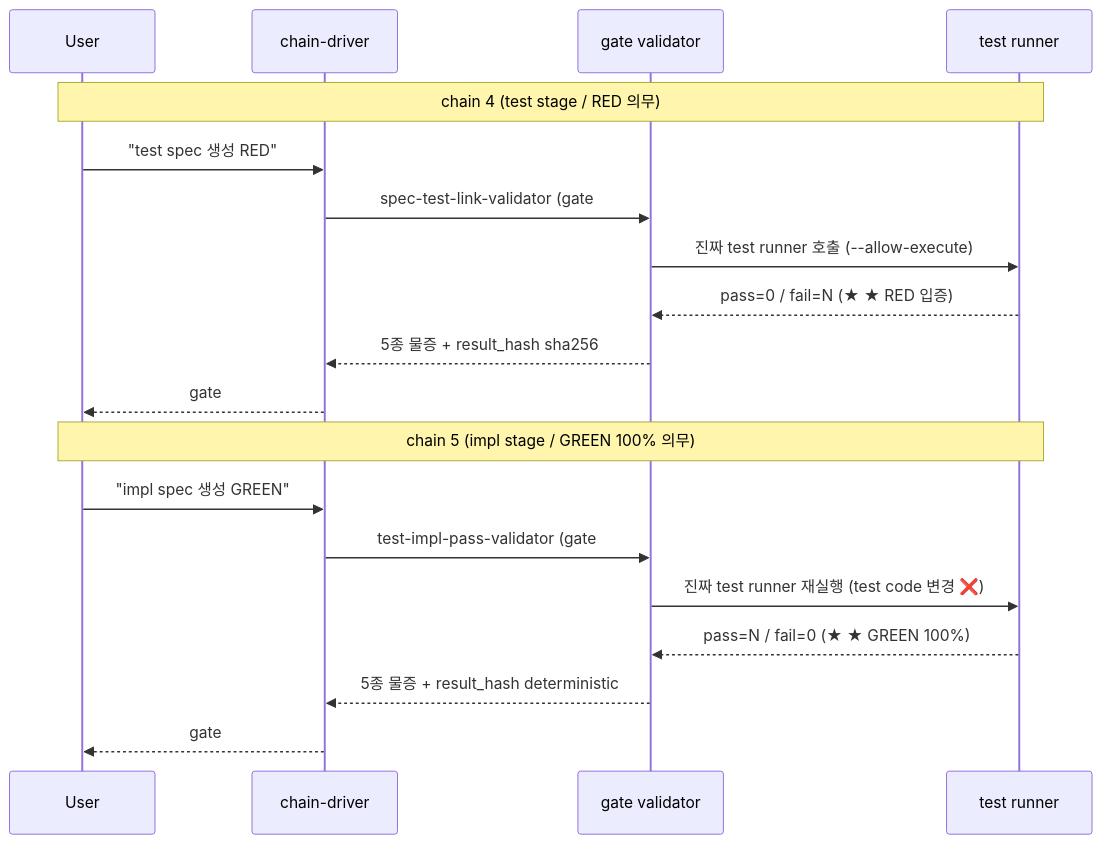
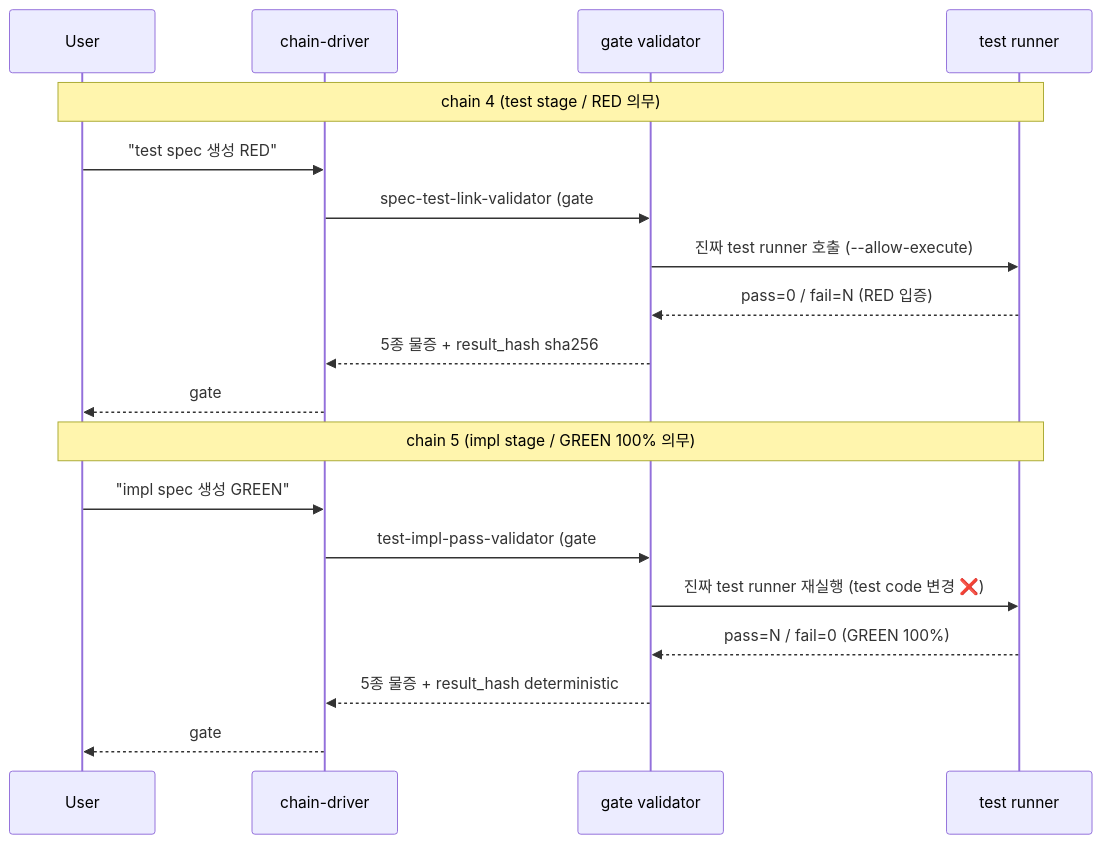
The second of 2 diagrams in ai-native-methodology/guides/chain-harness-guide.md (rageboom/ai-native-methodology), drawn with Mermaid before and after one commit. The commit also changed other lines of this file and 1659 other files, not shown here.

````diff
--- a/ai-native-methodology/guides/chain-harness-guide.md
+++ b/ai-native-methodology/guides/chain-harness-guide.md
@@ -246,23 +250,23 @@
 ```mermaid
 sequenceDiagram
     participant U as User
     participant C as chain-driver
     participant V as gate validator
     participant T as test runner
 
     Note over U,T: chain 4 (test stage / RED 의무)
     U->>C: "test spec 생성 RED"
     C->>V: spec-test-link-validator (gate #4)
     V->>T: 진짜 test runner 호출 (--allow-execute)
-    T-->>V: pass=0 / fail=N (★ ★ RED 입증)
+    T-->>V: pass=0 / fail=N (RED 입증)
     V-->>C: 5종 물증 + result_hash sha256
     C-->>U: gate #4 pass / next stage = implement
 
     Note over U,T: chain 5 (impl stage / GREEN 100% 의무)
     U->>C: "impl spec 생성 GREEN"
     C->>V: test-impl-pass-validator (gate #5)
     V->>T: 진짜 test runner 재실행 (test code 변경 ❌)
-    T-->>V: pass=N / fail=0 (★ ★ GREEN 100%)
+    T-->>V: pass=N / fail=0 (GREEN 100%)
     V-->>C: 5종 물증 + result_hash deterministic
     C-->>U: gate #5 pass / 완료 (release)
 ```
````
